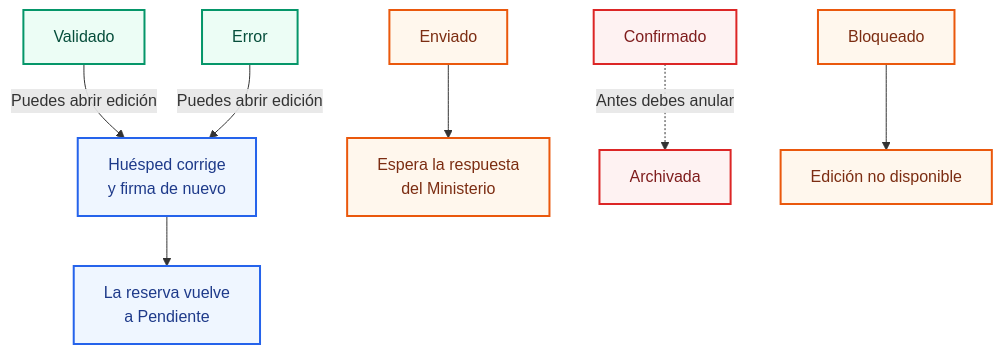
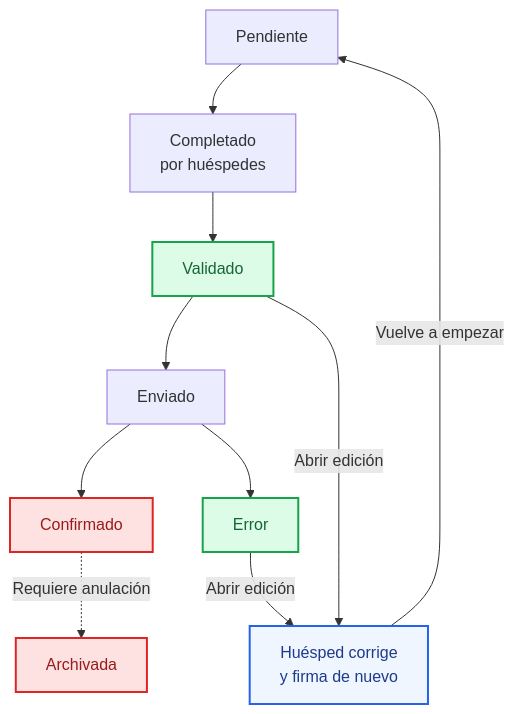
Before and after one commit to registroviajero/help: the diagram in docs/guia/desbloquear-edicion-huesped.md, drawn with Mermaid. The commit also changed 3 other files, not shown here.

Commit message:
fix: restore help mermaid rendering

````diff
--- a/docs/guia/desbloquear-edicion-huesped.md
+++ b/docs/guia/desbloquear-edicion-huesped.md
@@ -14,19 +14,20 @@
 ```mermaid
-flowchart TB
-  V[Validado] -->|Puedes abrir edición| E[Huésped corrige<br/>y firma de nuevo]
-  ER[Error] -->|Puedes abrir edición| E
-  E --> P[La reserva vuelve<br/>a Pendiente]
+flowchart TD
+  P[Pendiente] --> CP[Completado<br/>por huéspedes]
+  CP --> V[Validado]
+  V --> S[Enviado]
+  S --> C[Confirmado]
+  S --> ER[Error]
 
-  S[Enviado] --> W[Espera la respuesta<br/>del Ministerio]
-  C[Confirmado] -. "Antes debes anular" .-> A[Archivada]
-  B[Bloqueado] --> L[Edición no disponible]
+  V -->|Abrir edición| E[Huésped corrige<br/>y firma de nuevo]
+  ER -->|Abrir edición| E
+  E -->|Vuelve a empezar| P
+  C -. Requiere anulación .-> A[Archivada]
 
-  classDef canEdit fill:#ecfdf5,stroke:#059669,color:#064e3b,stroke-width:2px;
+  classDef editable fill:#dcfce7,stroke:#16a34a,color:#166534,stroke-width:2px;
+  classDef locked fill:#fee2e2,stroke:#dc2626,color:#991b1b,stroke-width:2px;
   classDef action fill:#eff6ff,stroke:#2563eb,color:#1e3a8a,stroke-width:2px;
-  classDef locked fill:#fff7ed,stroke:#ea580c,color:#7c2d12,stroke-width:2px;
-  classDef terminal fill:#fef2f2,stroke:#dc2626,color:#7f1d1d,stroke-width:2px;
-  class V,ER canEdit;
-  class E,P action;
-  class S,W,B,L locked;
-  class C,A terminal;
+  class V,ER editable;
+  class C,A locked;
+  class E action;
 ```
````
